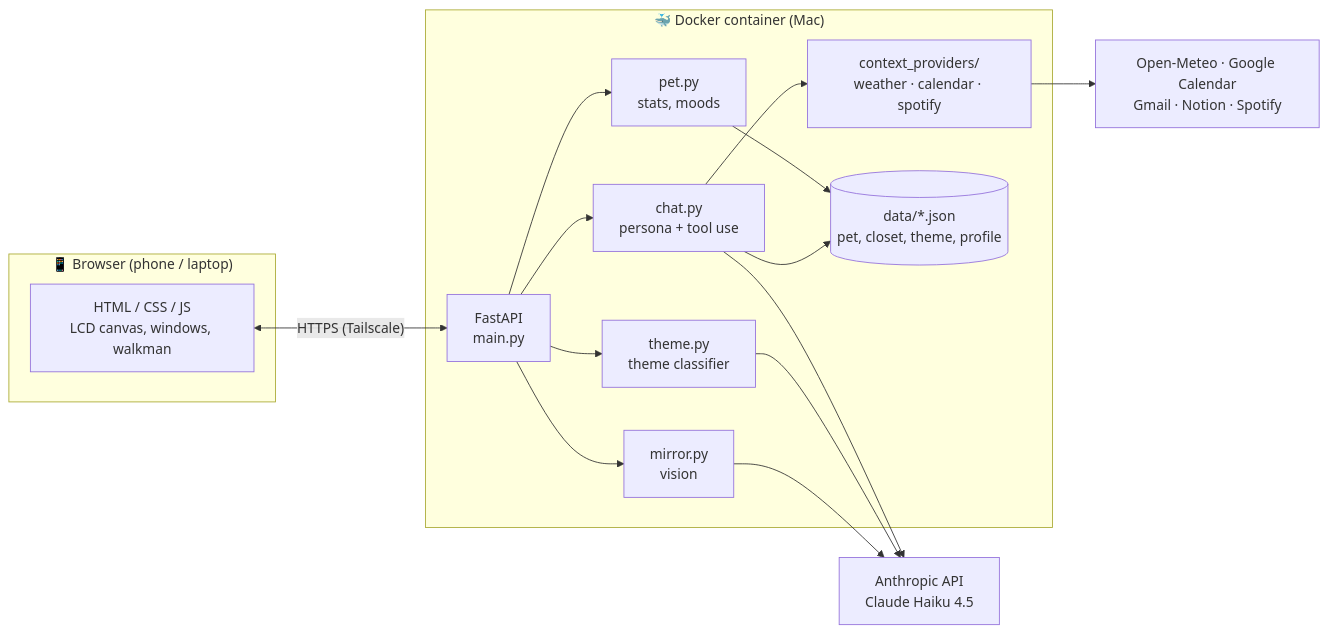
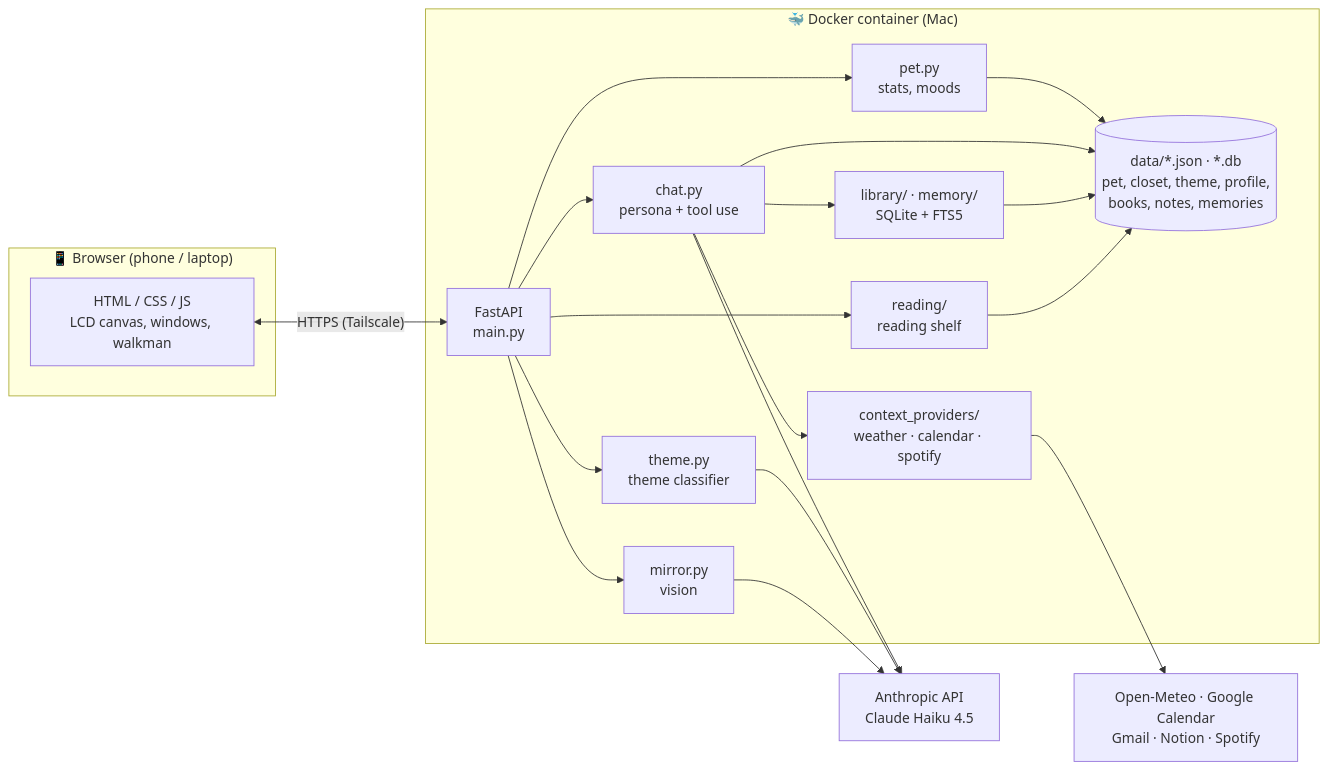
Before and after one commit to fanitarantsopoulou/tamagotchi: the diagram in README.md, drawn with Mermaid. The commit also changed other lines of this file and 2 other files, not shown here.

First line of the commit message:
README: document the opening effect, MEMORY.EXE, TAMA♥CLOCK focus mode and MY♥SHELF

````diff
--- a/README.md
+++ b/README.md
@@ -139,23 +171,25 @@
 ```mermaid
 flowchart LR
     subgraph Browser["📱 Browser (phone / laptop)"]
         UI["HTML / CSS / JS<br/>LCD canvas, windows, walkman"]
     end
 
     subgraph Docker["🐳 Docker container (Mac)"]
         API["FastAPI<br/>main.py"]
         PET["pet.py<br/>stats, moods"]
         CHAT["chat.py<br/>persona + tool use"]
         THEME["theme.py<br/>theme classifier"]
         MIRROR["mirror.py<br/>vision"]
         CP["context_providers/<br/>weather · calendar · spotify"]
-        DATA[("data/*.json<br/>pet, closet, theme, profile")]
+        KB["library/ · memory/<br/>SQLite + FTS5"]
+        SHELF["reading/<br/>reading shelf"]
+        DATA[("data/*.json · *.db<br/>pet, closet, theme, profile,<br/>books, notes, memories")]
     end
 
     UI <-- "HTTPS (Tailscale)" --> API
-    API --> PET & CHAT & THEME & MIRROR
-    CHAT --> CP
-    PET & CHAT --> DATA
+    API --> PET & CHAT & THEME & MIRROR & SHELF
+    CHAT --> CP & KB
+    PET & CHAT & KB & SHELF --> DATA
     CHAT & THEME & MIRROR --> CLAUDE["Anthropic API<br/>Claude Haiku 4.5"]
     CP --> EXT["Open-Meteo · Google Calendar<br/>Gmail · Notion · Spotify"]
 ```
````
